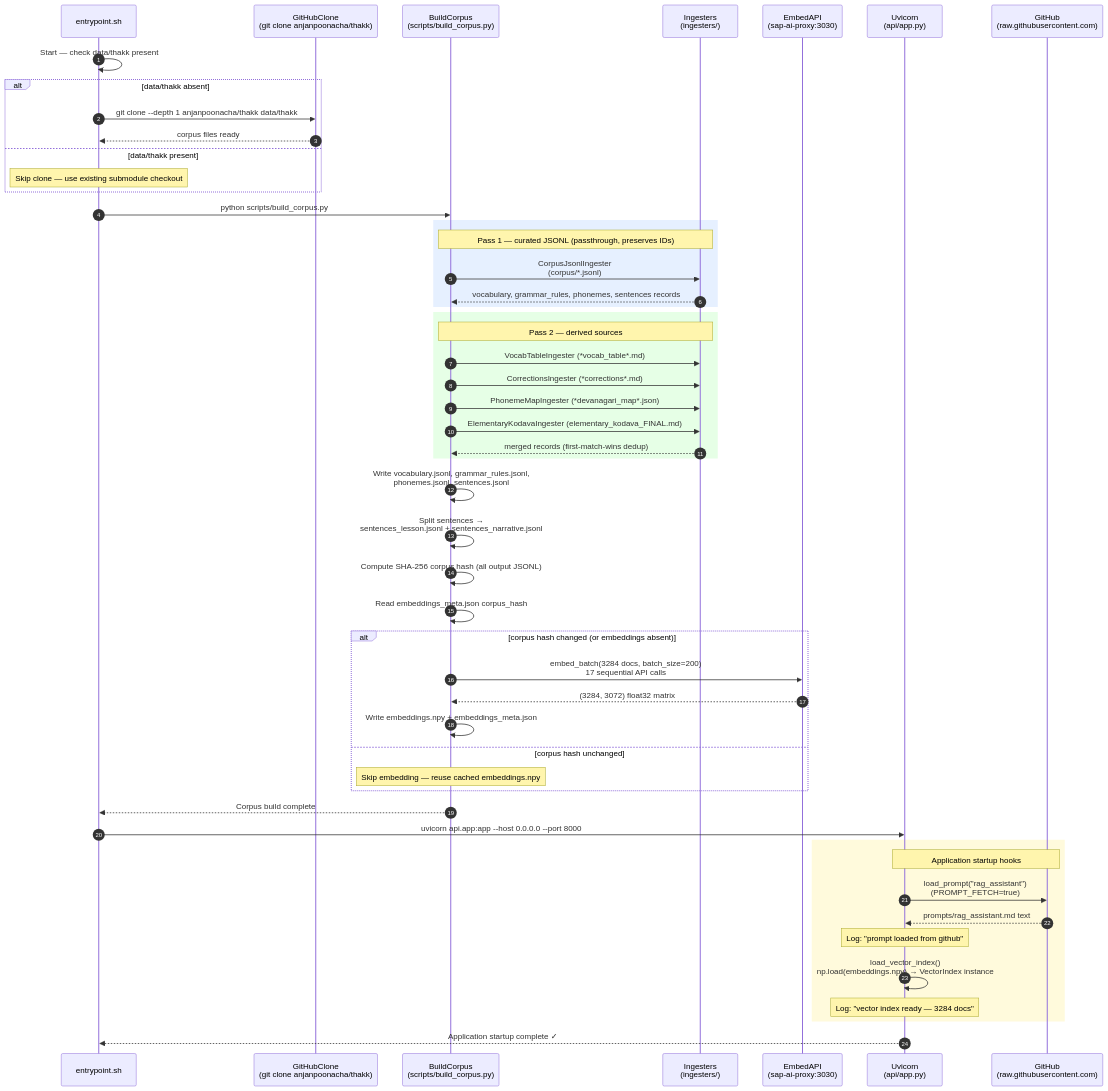
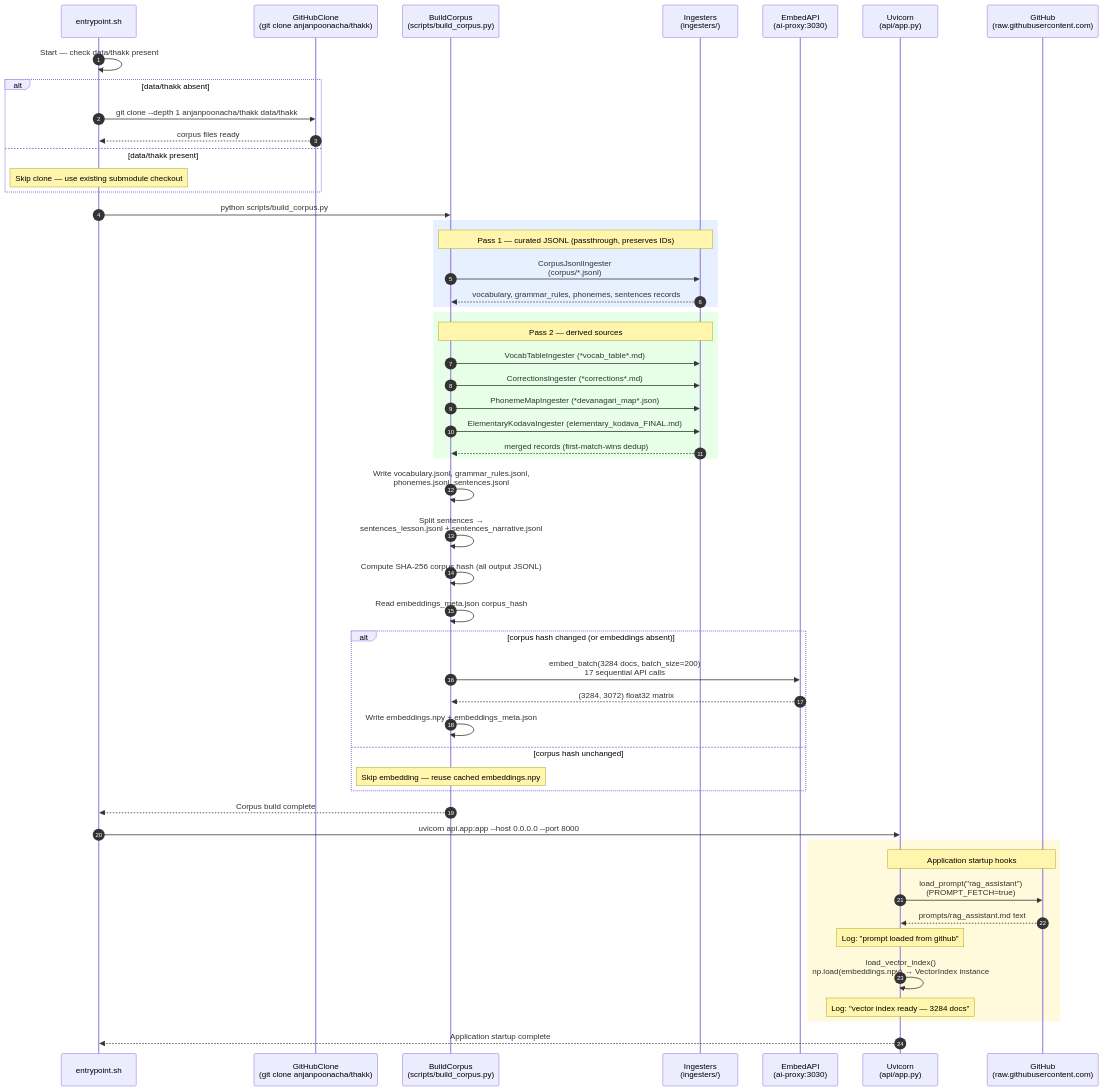
One commit to anjanpoonacha/kodava-rag changed the second of 2 diagrams in docs/sequence.md. Above: the diagram before and after it, drawn with Mermaid. The commit also changed other lines of this file and 1 other file, not shown here.

First line of the commit message:
docs: replace SAP/Kyma-specific labels with generic equivalents

````diff
--- a/docs/sequence.md
+++ b/docs/sequence.md
@@ -87,69 +87,69 @@
 ```mermaid
 sequenceDiagram
     autonumber
 
     participant Entrypoint as entrypoint.sh
     participant GitHubClone as GitHubClone<br/>(git clone anjanpoonacha/thakk)
     participant BuildCorpus as BuildCorpus<br/>(scripts/build_corpus.py)
     participant Ingesters as Ingesters<br/>(ingesters/)
-    participant EmbedAPI as EmbedAPI<br/>(sap-ai-proxy:3030)
+    participant EmbedAPI as EmbedAPI<br/>(ai-proxy:3030)
     participant Uvicorn as Uvicorn<br/>(api/app.py)
     participant GitHub as GitHub<br/>(raw.githubusercontent.com)
 
     Entrypoint->>Entrypoint: Start — check data/thakk present
 
     alt data/thakk absent
         Entrypoint->>GitHubClone: git clone --depth 1 anjanpoonacha/thakk data/thakk
         GitHubClone-->>Entrypoint: corpus files ready
     else data/thakk present
         Note over Entrypoint: Skip clone — use existing submodule checkout
     end
 
     Entrypoint->>BuildCorpus: python scripts/build_corpus.py
 
     rect rgb(230, 240, 255)
         Note over BuildCorpus,Ingesters: Pass 1 — curated JSONL (passthrough, preserves IDs)
         BuildCorpus->>Ingesters: CorpusJsonlIngester<br/>(corpus/*.jsonl)
         Ingesters-->>BuildCorpus: vocabulary, grammar_rules, phonemes, sentences records
     end
 
     rect rgb(230, 255, 230)
         Note over BuildCorpus,Ingesters: Pass 2 — derived sources
         BuildCorpus->>Ingesters: VocabTableIngester (*vocab_table*.md)
         BuildCorpus->>Ingesters: CorrectionsIngester (*corrections*.md)
         BuildCorpus->>Ingesters: PhonemeMapIngester (*devanagari_map*.json)
         BuildCorpus->>Ingesters: ElementaryKodavaIngester (elementary_kodava_FINAL.md)
         Ingesters-->>BuildCorpus: merged records (first-match-wins dedup)
     end
 
     BuildCorpus->>BuildCorpus: Write vocabulary.jsonl, grammar_rules.jsonl,<br/>phonemes.jsonl, sentences.jsonl
 
     BuildCorpus->>BuildCorpus: Split sentences →<br/>sentences_lesson.jsonl + sentences_narrative.jsonl
 
     BuildCorpus->>BuildCorpus: Compute SHA-256 corpus hash (all output JSONL)
 
     BuildCorpus->>BuildCorpus: Read embeddings_meta.json corpus_hash
 
     alt corpus hash changed (or embeddings absent)
         BuildCorpus->>EmbedAPI: embed_batch(3284 docs, batch_size=200)<br/>17 sequential API calls
         EmbedAPI-->>BuildCorpus: (3284, 3072) float32 matrix
         BuildCorpus->>BuildCorpus: Write embeddings.npy + embeddings_meta.json
     else corpus hash unchanged
         Note over BuildCorpus: Skip embedding — reuse cached embeddings.npy
     end
 
     BuildCorpus-->>Entrypoint: Corpus build complete
 
     Entrypoint->>Uvicorn: uvicorn api.app:app --host 0.0.0.0 --port 8000
 
     rect rgb(255, 250, 220)
         Note over Uvicorn,GitHub: Application startup hooks
         Uvicorn->>GitHub: load_prompt("rag_assistant")<br/>(PROMPT_FETCH=true)
         GitHub-->>Uvicorn: prompts/rag_assistant.md text
         Note over Uvicorn: Log: "prompt loaded from github"
         Uvicorn->>Uvicorn: load_vector_index()<br/>np.load(embeddings.npy) → VectorIndex instance
         Note over Uvicorn: Log: "vector index ready — 3284 docs"
     end
 
-    Uvicorn-->>Entrypoint: Application startup complete ✓
+    Uvicorn-->>Entrypoint: Application startup complete
 ```
````
